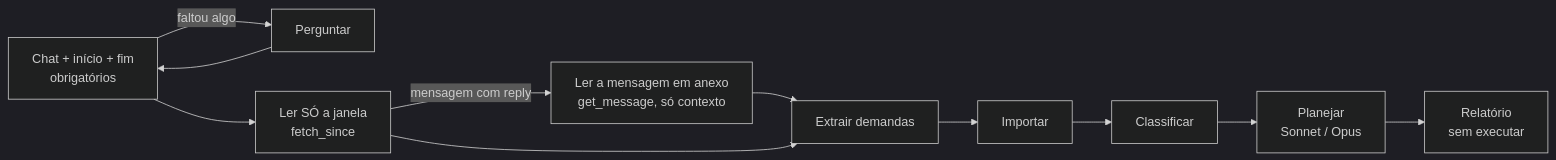
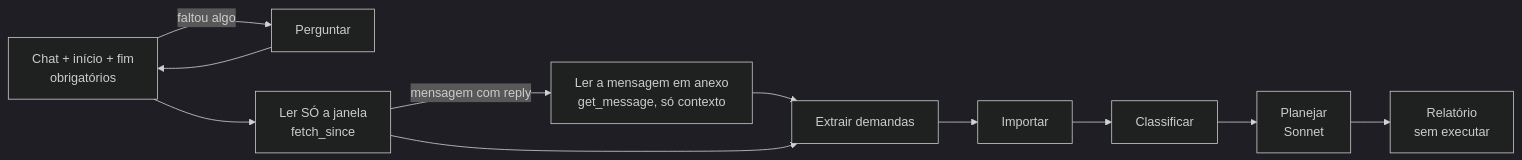
One commit to jbmchd/dpc-claude-folder changed the diagram in docs/regras/gerenciar-regras/telegram-tarefa.md. Above: the diagram before and after it, drawn with Mermaid (dark theme). The commit also changed other lines of this file and 2 other files, not shown here.

First line of the commit message:
feat(commands): planejamento sempre com Sonnet; Opus so como recomendacao

````diff
--- a/docs/regras/gerenciar-regras/telegram-tarefa.md
+++ b/docs/regras/gerenciar-regras/telegram-tarefa.md
@@ -7,13 +7,13 @@
 ```mermaid
 flowchart LR
   A[Chat + início + fim<br/>obrigatórios] -->|faltou algo| Q[Perguntar]
   Q --> A
   A --> B[Ler SÓ a janela<br/>fetch_since]
   B -->|mensagem com reply| B2[Ler a mensagem em anexo<br/>get_message, só contexto]
   B2 --> C
   B --> C[Extrair demandas]
   C --> D[Importar]
   D --> E[Classificar]
-  E --> F[Planejar<br/>Sonnet / Opus]
+  E --> F[Planejar<br/>Sonnet]
   F --> G[Relatório<br/>sem executar]
 ```
````
